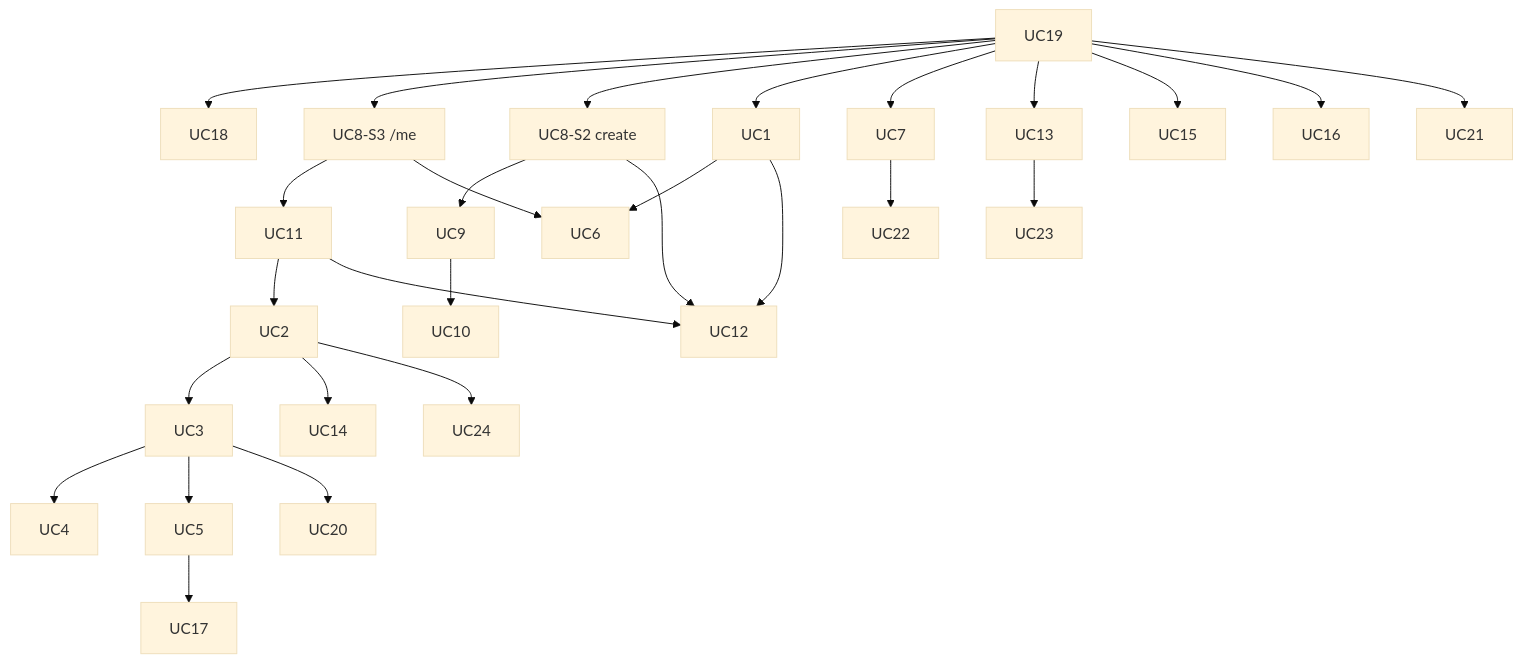
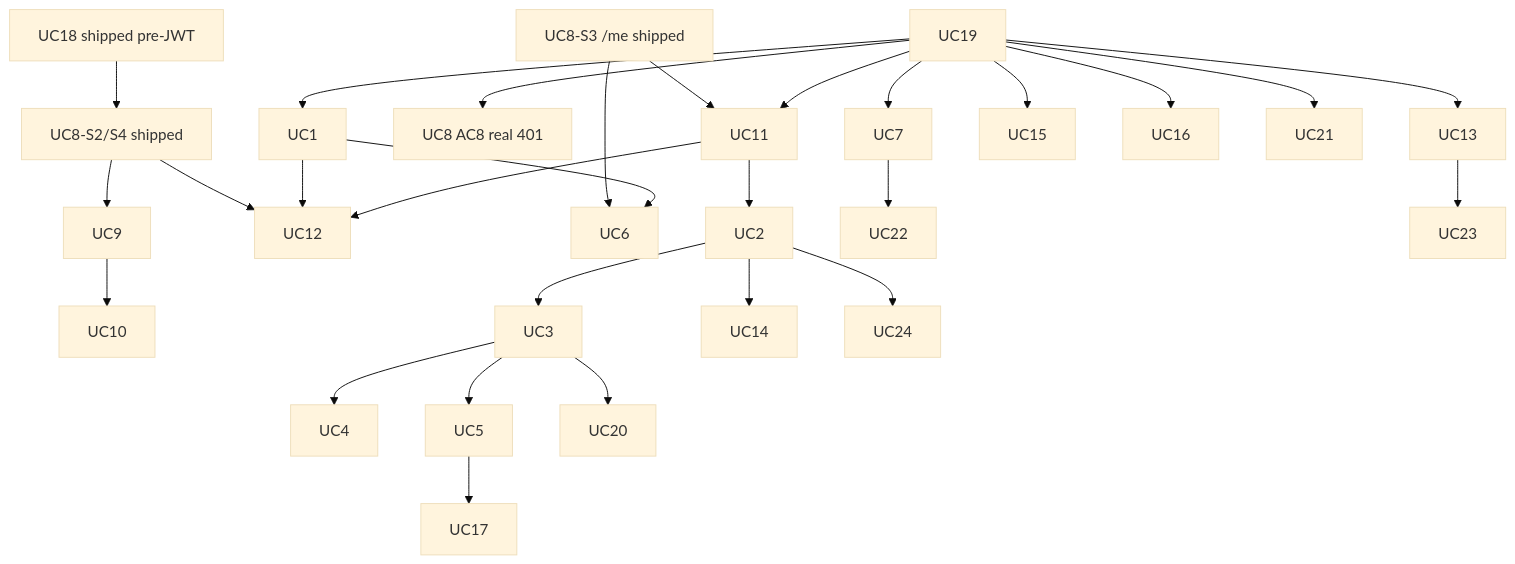
One commit to CanMakan-Team/CanMakan changed the diagram in docs/sprint/sprint2-mvp-epics.md. Above: the diagram before and after it, drawn with Mermaid (base theme). The commit also changed other lines of this file and 1 other file, not shown here.

````diff
--- a/docs/sprint/sprint2-mvp-epics.md
+++ b/docs/sprint/sprint2-mvp-epics.md
@@ -58,30 +58,30 @@
 ```mermaid
 flowchart TB
-  UC19 --> UC18
-  UC19 --> UC8me[UC8-S3 /me]
-  UC19 --> UC8create[UC8-S2 create]
-  UC8me --> UC11
+  UC18shipped[UC18 shipped pre-JWT] --> UC8create[UC8-S2/S4 shipped]
+  UC8me[UC8-S3 /me shipped] --> UC11
+  UC8create --> UC9
+  UC9 --> UC10
+  UC8create --> UC12
+  UC8me --> UC6
+  UC19 --> UC8auth[UC8 AC8 real 401]
+  UC19 --> UC11
   UC11 --> UC2
   UC2 --> UC3
   UC3 --> UC4
   UC3 --> UC5
   UC5 --> UC17
   UC2 --> UC14
   UC2 --> UC24
   UC19 --> UC1
   UC1 --> UC6
-  UC8create --> UC9
-  UC9 --> UC10
-  UC8create --> UC12
   UC1 --> UC12
   UC11 --> UC12
-  UC8me --> UC6
   UC7 --> UC22
   UC13 --> UC23
   UC3 --> UC20
   UC19 --> UC7
   UC19 --> UC13
   UC19 --> UC15
   UC19 --> UC16
   UC19 --> UC21
 ```
````
